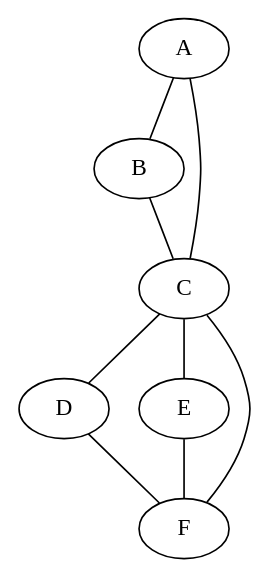
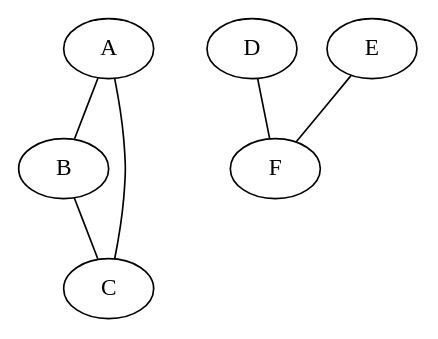
The diagram in practice/graph_blueprint.gv (houcy/AAnim), drawn with Graphviz before and after one commit. The commit also changed 3 other files, not shown here.

```diff
--- a/practice/graph_blueprint.gv
+++ b/practice/graph_blueprint.gv
@@ -1,10 +1,7 @@
 graph G {
 	A -- B
 	B -- C
 	C -- A
-    C -- D
-    C -- E
-    C -- F
     D -- F
     E -- F
 }
```
